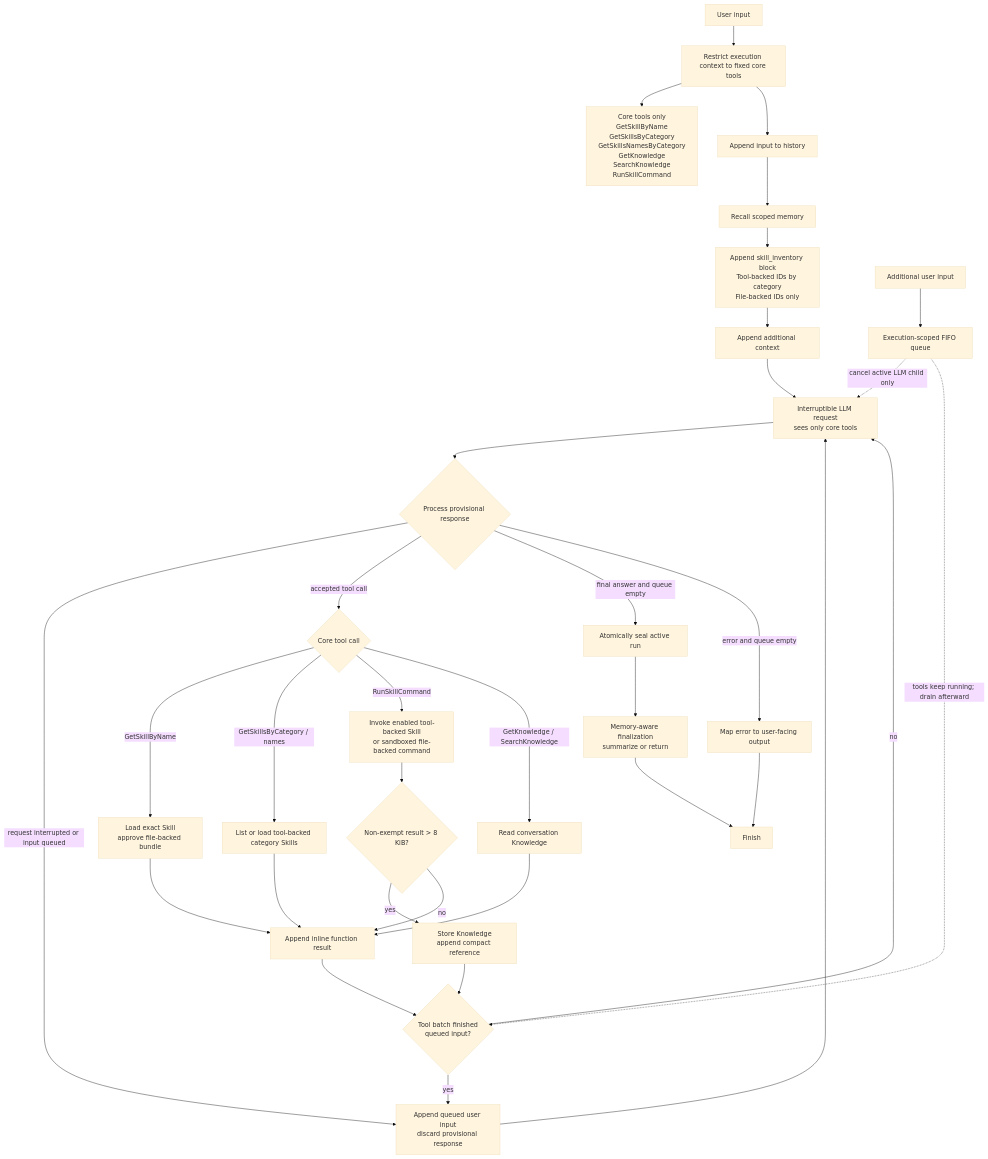
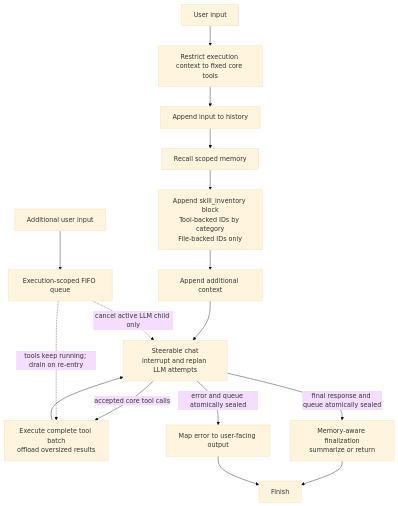
One commit to D00mch/souz changed the third of 5 diagrams in README.md. Above: the diagram before and after it, drawn with Mermaid (base theme). The commit also changed 6 other files, not shown here.

Commit message:
Consolidate Skills chat steering with atomic replanning

````diff
--- a/README.md
+++ b/README.md
@@ -172,42 +172,21 @@
 ```mermaid
 flowchart TD
     input["User input"] --> boundary["Restrict execution context to fixed core tools"]
-    boundary --> coreTools["Core tools only\nGetSkillByName\nGetSkillsByCategory\nGetSkillsNamesByCategory\nGetKnowledge\nSearchKnowledge\nRunSkillCommand"]
     boundary --> history["Append input to history"]
     history --> memory["Recall scoped memory"]
     memory --> inventory["Append skill_inventory block\nTool-backed IDs by category\nFile-backed IDs only"]
     inventory --> enrich["Append additional context"]
-    enrich --> llm["Interruptible LLM request\nsees only core tools"]
+    enrich --> chat["Steerable chat\ninterrupt and replan LLM attempts"]
 
     additionalInput["Additional user input"] --> queue["Execution-scoped FIFO queue"]
-    queue -.->|cancel active LLM child only| llm
+    queue -.->|cancel active LLM child only| chat
 
-    llm --> decision{"Process provisional response"}
-    decision -->|request interrupted or input queued| appendQueued["Append queued user input\ndiscard provisional response"]
-    appendQueued --> llm
+    chat -->|accepted core tool calls| tools["Execute complete tool batch\noffload oversized results"]
+    tools --> chat
+    queue -.->|tools keep running; drain on re-entry| tools
 
-    decision -->|accepted tool call| toolCall{"Core tool call"}
-    toolCall -->|GetSkillByName| lookup["Load exact Skill\napprove file-backed bundle"]
-    toolCall -->|GetSkillsByCategory / names| categories["List or load tool-backed category Skills"]
-    toolCall -->|RunSkillCommand| command["Invoke enabled tool-backed Skill\nor sandboxed file-backed command"]
-    toolCall -->|GetKnowledge / SearchKnowledge| knowledge["Read conversation Knowledge"]
-
-    decision -->|final answer and queue empty| seal["Atomically seal active run"]
-    decision -->|error and queue empty| errorNode["Map error to user-facing output"]
-
-    lookup --> append["Append inline function result"]
-    categories --> append
-    knowledge --> append
-    command --> offload{"Non-exempt result > 8 KiB?"}
-    offload -->|yes| reference["Store Knowledge\nappend compact reference"]
-    offload -->|no| append
-    reference --> afterTools{"Tool batch finished\nqueued input?"}
-    append --> afterTools
-    queue -.->|tools keep running; drain afterward| afterTools
-    afterTools -->|yes| appendQueued
-    afterTools -->|no| llm
-
-    seal --> summary["Memory-aware finalization\nsummarize or return"]
+    chat -->|final response and queue atomically sealed| summary["Memory-aware finalization\nsummarize or return"]
+    chat -->|error and queue atomically sealed| errorNode["Map error to user-facing output"]
     summary --> finish["Finish"]
     errorNode --> finish
 ```
````
